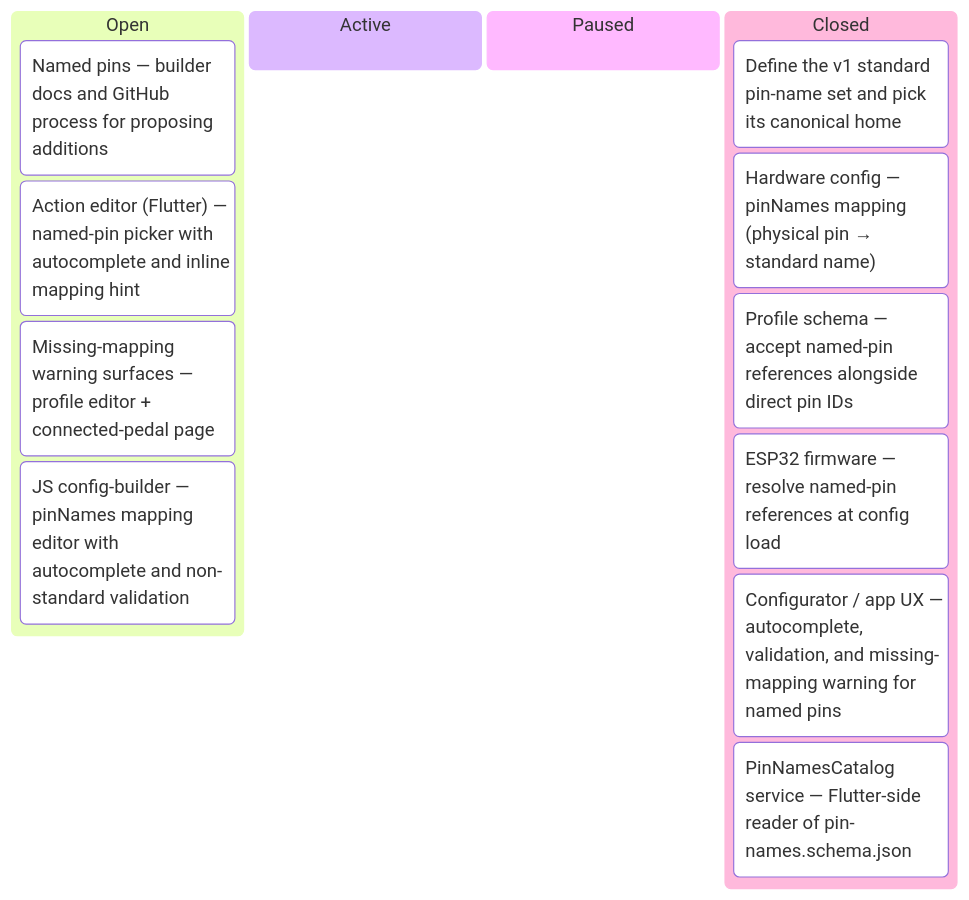
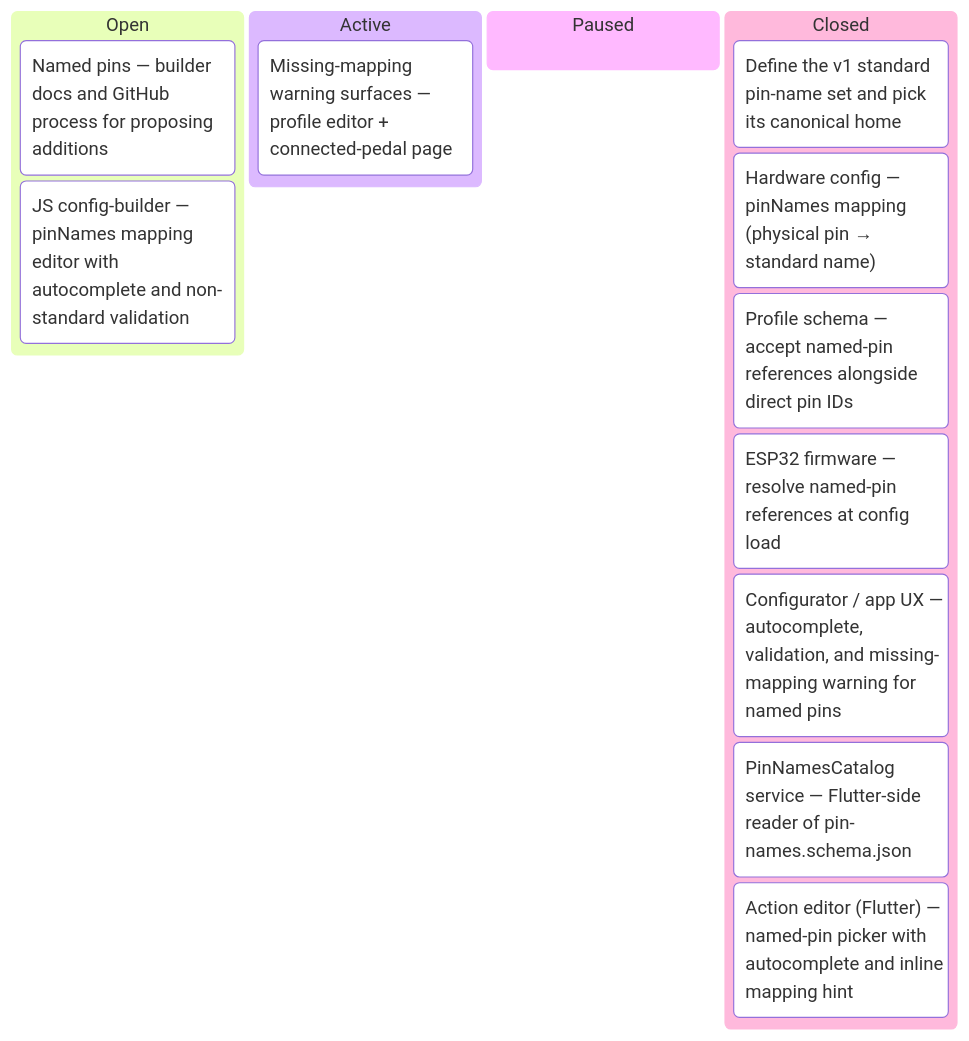
Before and after one commit to tgd1975/AwesomeGuitarPedal: the fourth of 9 diagrams in docs/developers/tasks/KANBAN.md, drawn with Mermaid. The commit also changed other lines of this file and 10 other files, not shown here.

First line of the commit message:
close TASK-390: action editor named-pin picker (EPIC-029)

````diff
--- a/docs/developers/tasks/KANBAN.md
+++ b/docs/developers/tasks/KANBAN.md
@@ -52,17 +52,17 @@
 ```mermaid
 kanban
   Open
     TASK_382["Named pins — builder docs and GitHub process for proposing additions"]
-    TASK_390["Action editor (Flutter) — named-pin picker with autocomplete and inline mapping hint"]
-    TASK_391["Missing-mapping warning surfaces — profile editor + connected-pedal page"]
     TASK_392["JS config-builder — pinNames mapping editor with autocomplete and non-standard validation"]
   Active
+    TASK_391["Missing-mapping warning surfaces — profile editor + connected-pedal page"]
   Paused
   Closed
     TASK_377["Define the v1 standard pin-name set and pick its canonical home"]
     TASK_378["Hardware config — pinNames mapping (physical pin → standard name)"]
     TASK_379["Profile schema — accept named-pin references alongside direct pin IDs"]
     TASK_380["ESP32 firmware — resolve named-pin references at config load"]
     TASK_381["Configurator / app UX — autocomplete, validation, and missing-mapping warning for named pins"]
     TASK_389["PinNamesCatalog service — Flutter-side reader of pin-names.schema.json"]
+    TASK_390["Action editor (Flutter) — named-pin picker with autocomplete and inline mapping hint"]
 ```
````
